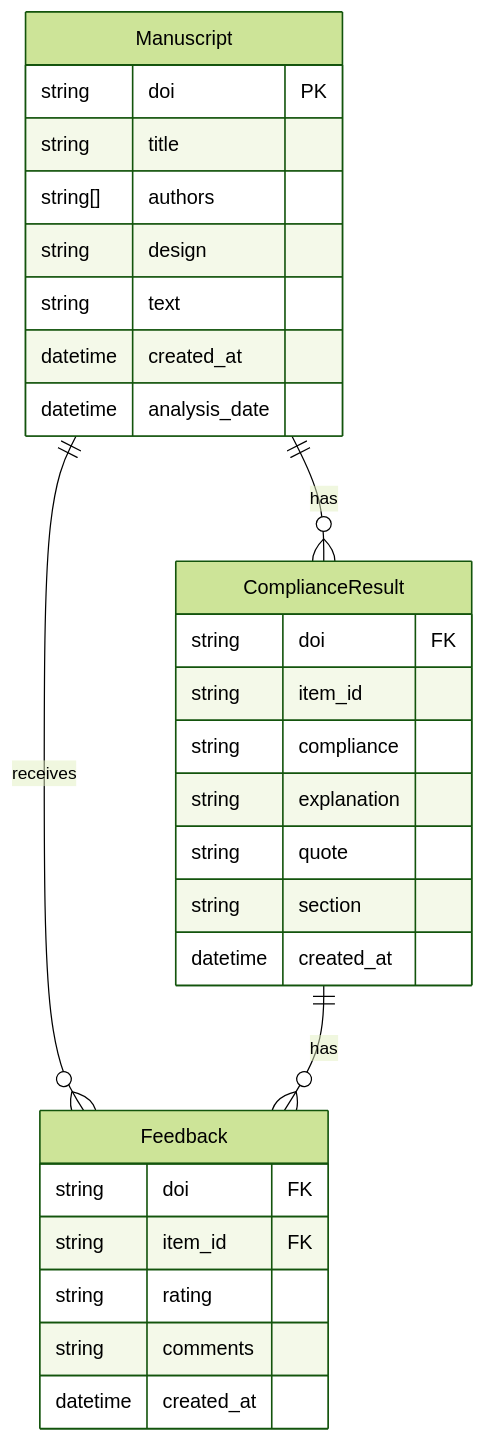
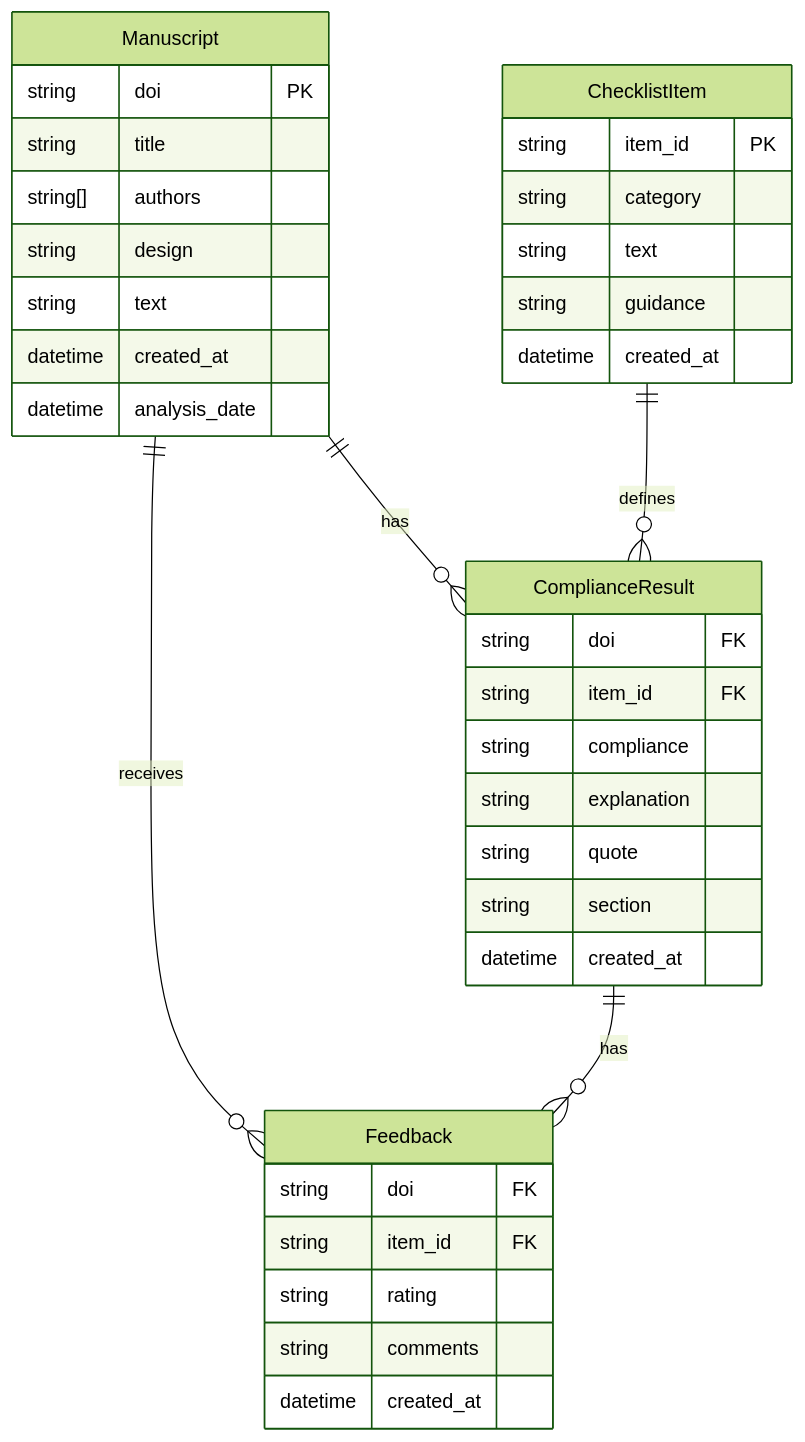
Before and after one commit to juusorepo/reproai: the second of 2 diagrams in docs/architecture.md, drawn with Mermaid (forest theme). The commit also changed other lines of this file and 5 other files, not shown here.

````diff
--- a/docs/architecture.md
+++ b/docs/architecture.md
@@ -66,34 +73,43 @@
 ```mermaid
 erDiagram
     Manuscript ||--o{ ComplianceResult : has
     Manuscript ||--o{ Feedback : receives
     ComplianceResult ||--o{ Feedback : has
+    ChecklistItem ||--o{ ComplianceResult : defines
 
     Manuscript {
         string doi PK
         string title
         string[] authors
         string design
         string text
         datetime created_at
         datetime analysis_date
     }
 
     ComplianceResult {
         string doi FK
-        string item_id
+        string item_id FK
         string compliance
         string explanation
         string quote
         string section
         datetime created_at
     }
 
     Feedback {
         string doi FK
         string item_id FK
         string rating
         string comments
         datetime created_at
     }
+
+    ChecklistItem {
+        string item_id PK
+        string category
+        string text
+        string guidance
+        datetime created_at
+    }
 ```
````
